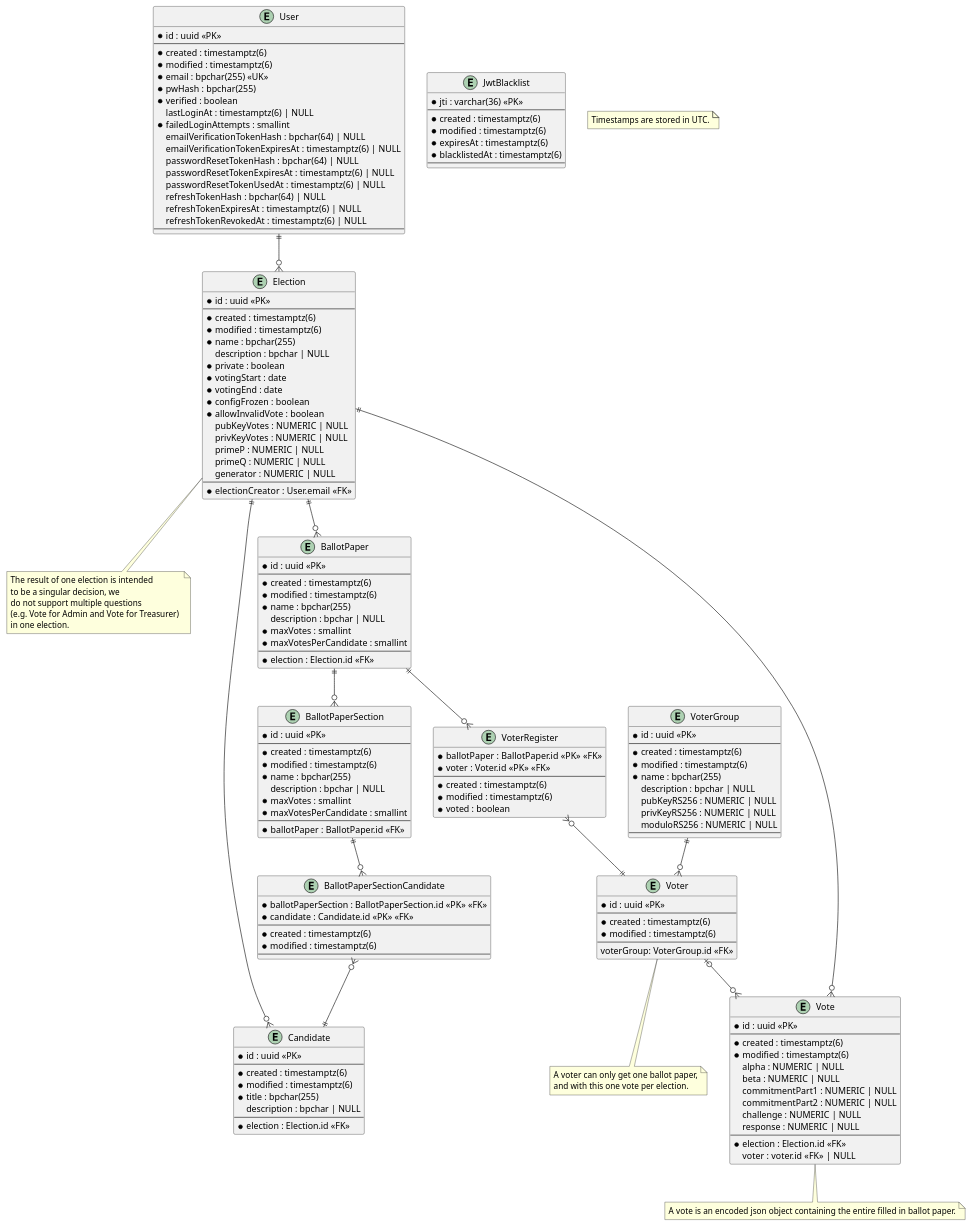
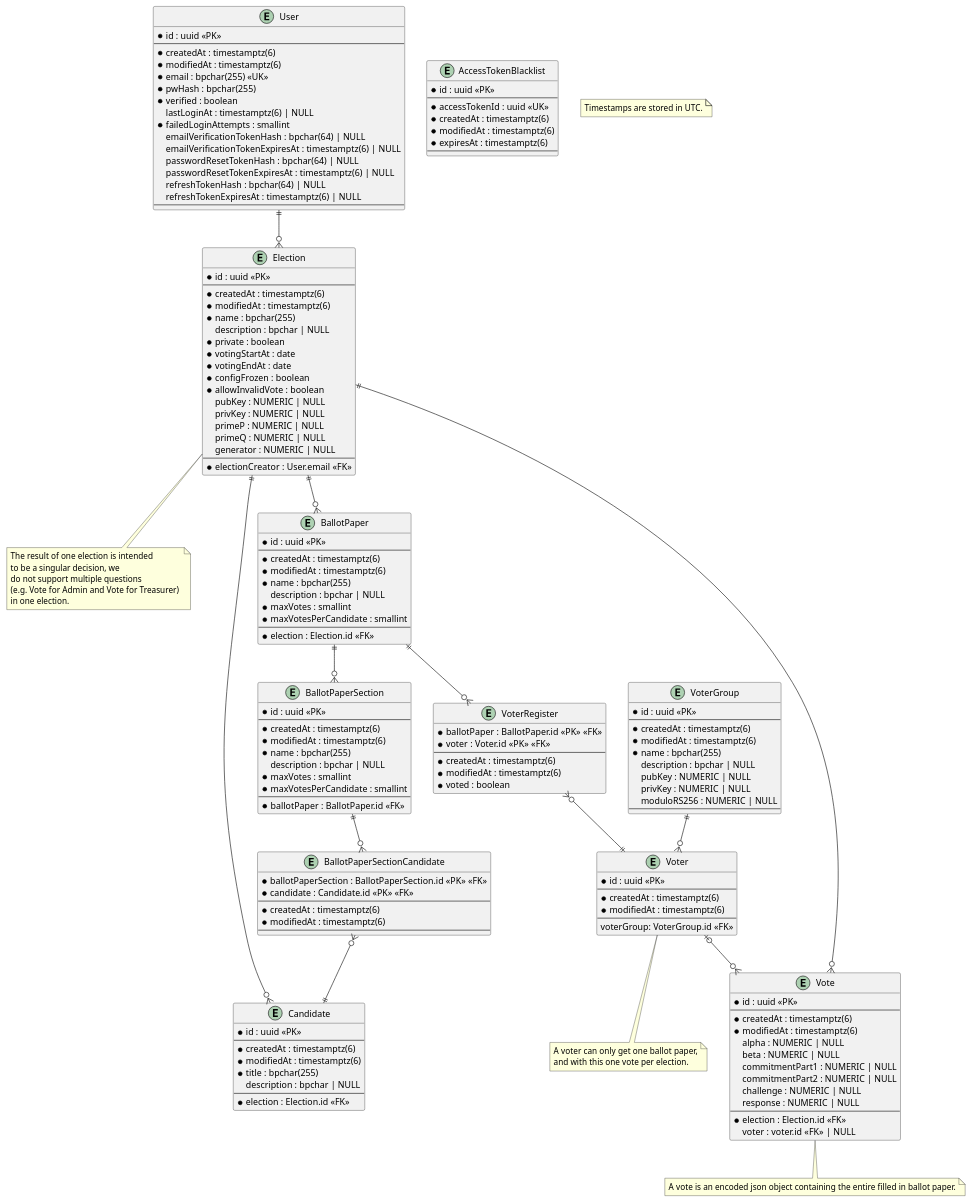
Before and after one commit to SE-UUlm/votura: the diagram in apps/docs/static/uml/dataModel.puml, drawn with PlantUML. The commit also changed 2 other files, not shown here.

```diff
--- a/apps/docs/static/uml/dataModel.puml
+++ b/apps/docs/static/uml/dataModel.puml
@@ -1,198 +1,195 @@
 @startuml dataModel
 
 entity "User" as user {
     * id : uuid <<PK>>
     --
-    * created : timestamptz(6)
-    * modified : timestamptz(6)
+    * createdAt : timestamptz(6)
+    * modifiedAt : timestamptz(6)
     * email : bpchar(255) <<UK>>
     * pwHash : bpchar(255)
     * verified : boolean
     lastLoginAt : timestamptz(6) | NULL
-    ' failed login attemtps get reset on successful login
+    ' failed login attempts get reset on successful login
     * failedLoginAttempts : smallint
-    '* isAdmin : boolean
     emailVerificationTokenHash : bpchar(64) | NULL
     emailVerificationTokenExpiresAt : timestamptz(6) | NULL
     passwordResetTokenHash : bpchar(64) | NULL
     passwordResetTokenExpiresAt : timestamptz(6) | NULL
-    passwordResetTokenUsedAt : timestamptz(6) | NULL
     refreshTokenHash : bpchar(64) | NULL
     refreshTokenExpiresAt : timestamptz(6) | NULL
-    refreshTokenRevokedAt : timestamptz(6) | NULL
     --
 }
 
-entity "JwtBlacklist" as jwtBlacklist {
+entity "AccessTokenBlacklist" as jwtBlacklist {
     ' this table is used to store blacklisted access tokens
     ' The jti is 36 characters long if we use UUIDv4
-    * jti : varchar(36) <<PK>>
+    * id : uuid <<PK>>
     --
-    * created : timestamptz(6)
-    * modified : timestamptz(6)
+    * accessTokenId : uuid <<UK>>
+    * createdAt : timestamptz(6)
+    * modifiedAt : timestamptz(6)
     * expiresAt : timestamptz(6)
-    * blacklistedAt : timestamptz(6)
     --
 }
 
 entity "Election" as elections {
     * id : uuid <<PK>>
     --
-    * created : timestamptz(6)
-    * modified : timestamptz(6)
+    * createdAt : timestamptz(6)
+    * modifiedAt : timestamptz(6)
     * name : bpchar(255)
     description : bpchar | NULL
     * private : boolean
-    * votingStart : date
-    * votingEnd : date
+    * votingStartAt : date
+    * votingEndAt : date
     * configFrozen : boolean
     * allowInvalidVote : boolean
     ' Is there a use case for `votesCounted`?
     ' * votesCounted : boolean
     ' Computed values such as validVotes and invalidVotes are critical - do we really want to store them?
     ' validVotes : integer | NULL
     ' invalidVotes : integer | NULL
-    pubKeyVotes : NUMERIC | NULL
-    privKeyVotes : NUMERIC | NULL
+    pubKey : NUMERIC | NULL
+    privKey : NUMERIC | NULL
     primeP : NUMERIC | NULL
     primeQ : NUMERIC | NULL
     generator : NUMERIC | NULL
     --
     * electionCreator : User.email <<FK>>
 }
 
 note as N2
 The result of one election is intended 
 to be a singular decision, we 
 do not support multiple questions 
 (e.g. Vote for Admin and Vote for Treasurer) 
 in one election.
 end note
 
 entity "BallotPaper" as ballotPapers {
     * id : uuid <<PK>>
     --
-    * created : timestamptz(6)
-    * modified : timestamptz(6)
+    * createdAt : timestamptz(6)
+    * modifiedAt : timestamptz(6)
     * name : bpchar(255)
     description : bpchar | NULL
     * maxVotes : smallint
     * maxVotesPerCandidate : smallint
     --
     * election : Election.id <<FK>>
 }
 
 entity "BallotPaperSection" as ballotPaperSections {
     * id : uuid <<PK>>
     --
-    * created : timestamptz(6)
-    * modified : timestamptz(6)
+    * createdAt : timestamptz(6)
+    * modifiedAt : timestamptz(6)
     * name : bpchar(255)
     description : bpchar | NULL
     * maxVotes : smallint
     * maxVotesPerCandidate : smallint
     --
     * ballotPaper : BallotPaper.id <<FK>>
 }
 ' note as C_2
 ' If at least two ballotPaperSections are created for one ballotPaper, 
 ' the name field of the ballotPaperSections is mandatory.
 ' end note
 
 entity "BallotPaperSectionCandidate" as ballotPaperSectionCandidates {
     * ballotPaperSection : BallotPaperSection.id <<PK>> <<FK>>
     * candidate : Candidate.id <<PK>> <<FK>>
     --
-    * created : timestamptz(6)
-    * modified : timestamptz(6)
+    * createdAt : timestamptz(6)
+    * modifiedAt : timestamptz(6)
     --
 }
 
 entity "Candidate" as candidates {
     * id : uuid <<PK>>
     --
-    * created : timestamptz(6)
-    * modified : timestamptz(6)
+    * createdAt : timestamptz(6)
+    * modifiedAt : timestamptz(6)
     * title : bpchar(255)
     description : bpchar | NULL
     --
     * election : Election.id <<FK>>
 }
 
 entity "Vote" as votes {
     * id : uuid <<PK>>
     --
-    * created : timestamptz(6)
-    * modified : timestamptz(6)
+    * createdAt : timestamptz(6)
+    * modifiedAt : timestamptz(6)
     alpha : NUMERIC | NULL
     beta : NUMERIC | NULL
     commitmentPart1 : NUMERIC | NULL
     commitmentPart2 : NUMERIC | NULL
     challenge : NUMERIC | NULL
     response : NUMERIC | NULL
     --
     * election : Election.id <<FK>>
     ' if the vote isn't secret, voter can be saved
     voter : voter.id <<FK>> | NULL
 }
 note as N4
 A vote is an encoded json object containing the entire filled in ballot paper.
 end note
 
 entity "VoterRegister" as voterRegisters {
     * ballotPaper : BallotPaper.id <<PK>> <<FK>>
     * voter : Voter.id <<PK>> <<FK>>
     --
-    * created : timestamptz(6)
-    * modified : timestamptz(6)
+    * createdAt : timestamptz(6)
+    * modifiedAt : timestamptz(6)
     * voted : boolean
 }
 
 entity "Voter" as voters {
     * id : uuid <<PK>>
     --
-    * created : timestamptz(6)
-    * modified : timestamptz(6)
+    * createdAt : timestamptz(6)
+    * modifiedAt : timestamptz(6)
     --
     voterGroup: VoterGroup.id <<FK>>
 }
 note as N3
 A voter can only get one ballot paper,
 and with this one vote per election.
 end note
 
 entity "VoterGroup" as voterGroups {
     * id : uuid <<PK>>
     --
-    * created : timestamptz(6)
-    * modified : timestamptz(6)
+    * createdAt : timestamptz(6)
+    * modifiedAt : timestamptz(6)
     * name : bpchar(255)
     description : bpchar | NULL
-    pubKeyRS256 : NUMERIC | NULL
-    privKeyRS256 : NUMERIC | NULL
+    pubKey : NUMERIC | NULL
+    privKey : NUMERIC | NULL
     moduloRS256 : NUMERIC | NULL
     --
 }
 
 note as N1
 Timestamps are stored in UTC.
 end note
 
 user ||--o{ elections
 elections ||--o{ ballotPapers
 elections -- N2
 elections ||--o{ candidates
 ballotPapers ||--o{ voterRegisters
 voterRegisters }o--|| voters
 ballotPapers ||--o{ ballotPaperSections
 ' ballotPaperSections -- C_2
 ballotPaperSections ||--o{ ballotPaperSectionCandidates
 ballotPaperSectionCandidates }o--|| candidates
 votes }o--|| elections
 voters |o--o{ votes
 voterGroups ||--o{ voters
 voters -- N3
 votes -- N4
 
 
 @enduml
```
